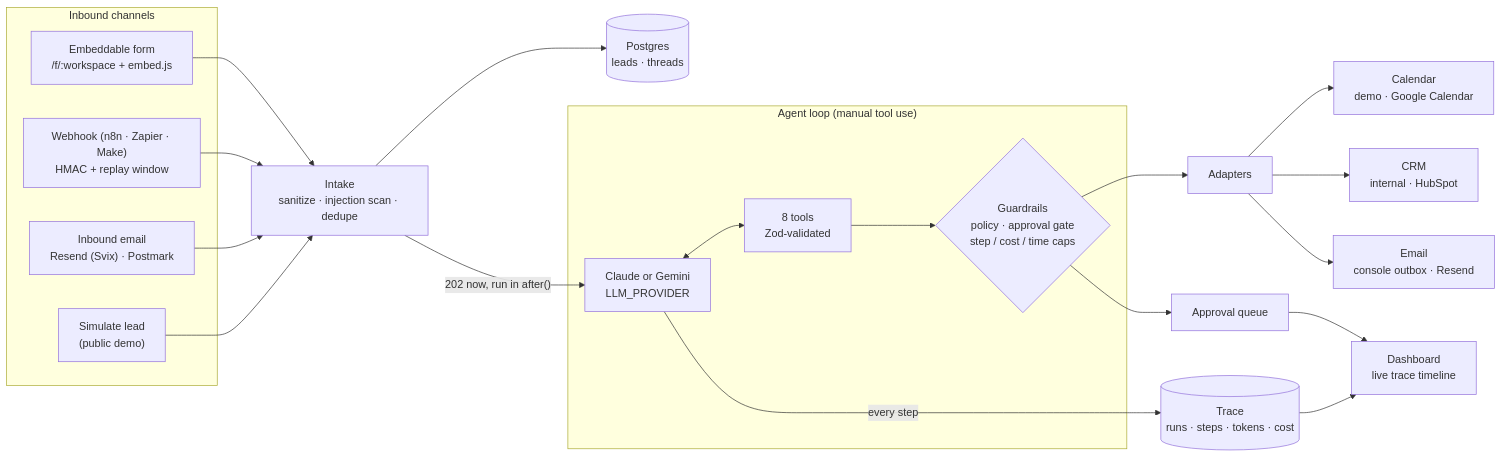
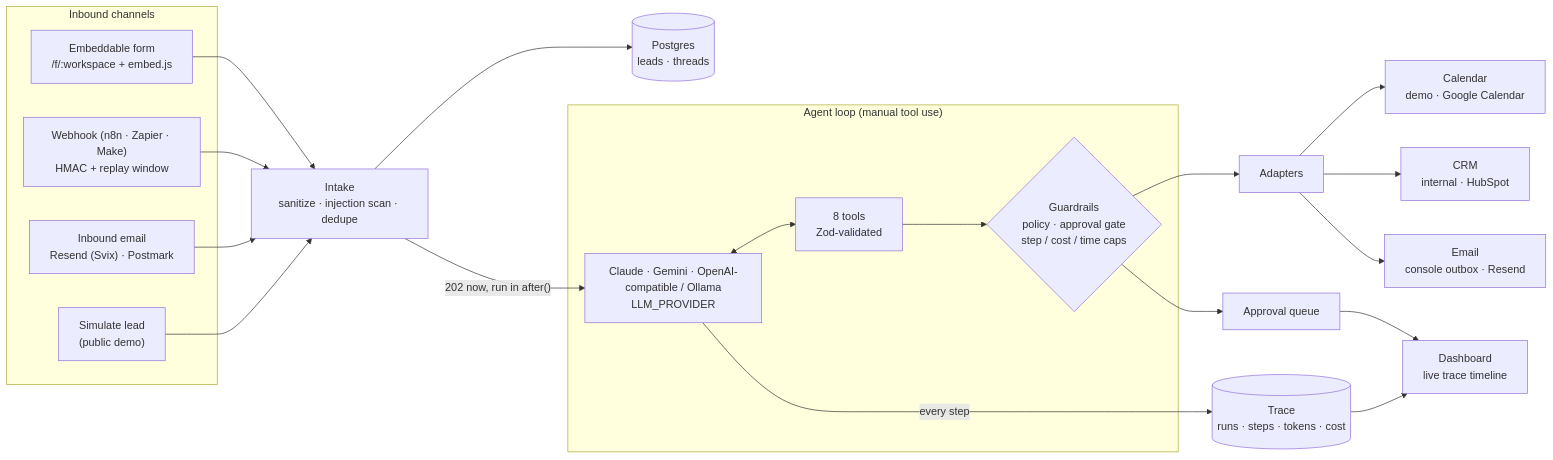
One commit to alkanefe22/LeadPilot changed the diagram in README.md. Above: the diagram before and after it, drawn with Mermaid. The commit also changed other lines of this file and 1 other file, not shown here.

First line of the commit message:
Docs: model-agnostic README (Claude, Gemini, OpenAI-compatible, local Ollama), replay demo

````diff
--- a/README.md
+++ b/README.md
@@ -44,27 +46,27 @@
 ```mermaid
 flowchart LR
   subgraph Inbound["Inbound channels"]
     F["Embeddable form<br/>/f/:workspace + embed.js"]
     W["Webhook (n8n · Zapier · Make)<br/>HMAC + replay window"]
     E["Inbound email<br/>Resend (Svix) · Postmark"]
     S["Simulate lead<br/>(public demo)"]
   end
 
   F & W & E & S --> I["Intake<br/>sanitize · injection scan · dedupe"]
   I --> DB[("Postgres<br/>leads · threads")]
   I -- "202 now, run in after()" --> L
 
   subgraph Agent["Agent loop (manual tool use)"]
-    L["Claude or Gemini<br/>LLM_PROVIDER"] <--> T["8 tools<br/>Zod-validated"]
+    L["Claude · Gemini · OpenAI-compatible / Ollama<br/>LLM_PROVIDER"] <--> T["8 tools<br/>Zod-validated"]
     T --> G{"Guardrails<br/>policy · approval gate<br/>step / cost / time caps"}
   end
 
   G --> A["Adapters"]
   A --> CAL["Calendar<br/>demo · Google Calendar"]
   A --> CRM["CRM<br/>internal · HubSpot"]
   A --> MAIL["Email<br/>console outbox · Resend"]
   G --> Q["Approval queue"]
   L -- "every step" --> TR[("Trace<br/>runs · steps · tokens · cost")]
   TR --> UI["Dashboard<br/>live trace timeline"]
   Q --> UI
 ```
````
